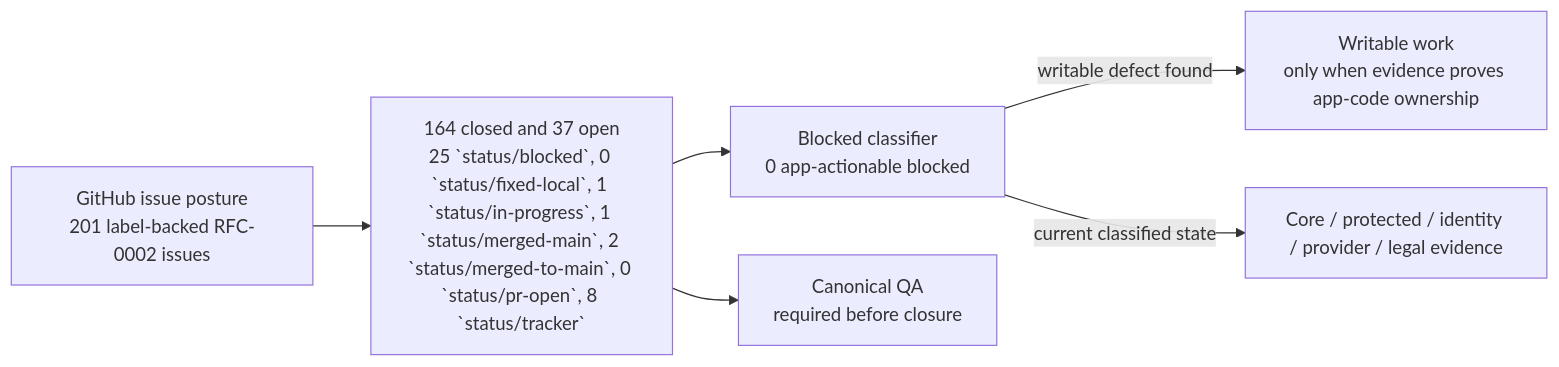
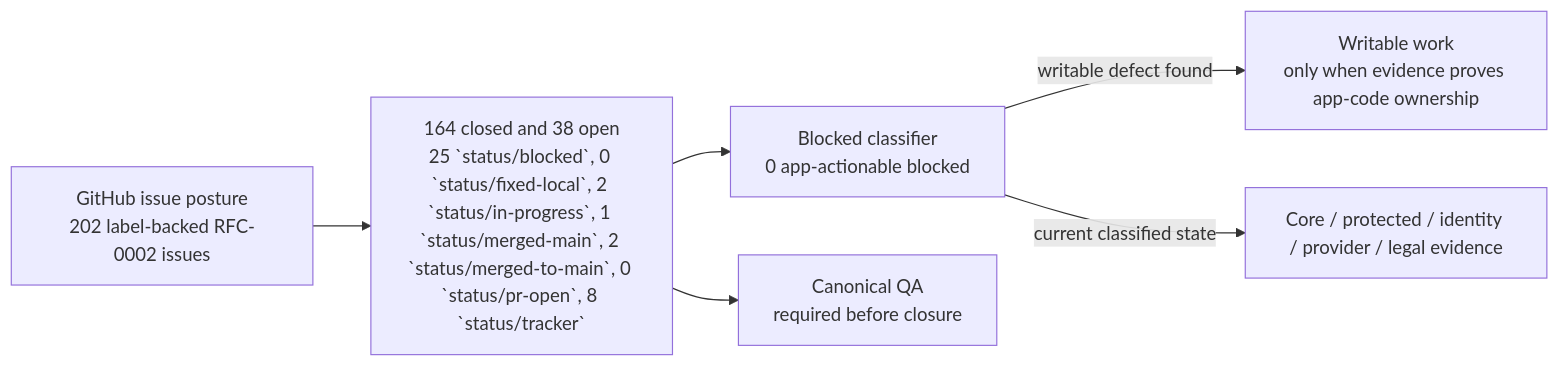
Before and after one commit to sgajbi/lotus-idea: the first of 2 diagrams in wiki/RFC-0002-Execution-Status.md, drawn with Mermaid. The commit also changed other lines of this file and 11 other files, not shown here.

````diff
--- a/wiki/RFC-0002-Execution-Status.md
+++ b/wiki/RFC-0002-Execution-Status.md
@@ -39,15 +39,15 @@
 ```mermaid
 flowchart LR
-    Issues["GitHub issue posture<br/>201 label-backed RFC-0002 issues"]
-    Open["164 closed and 37 open<br/>25 `status/blocked`, 0 `status/fixed-local`, 1 `status/in-progress`, 1 `status/merged-main`, 2 `status/merged-to-main`, 0 `status/pr-open`, 8 `status/tracker`"]
+    Issues["GitHub issue posture<br/>202 label-backed RFC-0002 issues"]
+    Open["164 closed and 38 open<br/>25 `status/blocked`, 0 `status/fixed-local`, 2 `status/in-progress`, 1 `status/merged-main`, 2 `status/merged-to-main`, 0 `status/pr-open`, 8 `status/tracker`"]
     Blocked["Blocked classifier<br/>0 app-actionable blocked"]
     Work["Writable work<br/>only when evidence proves app-code ownership"]
     External["Core / protected / identity / provider / legal evidence"]
     QA["Canonical QA<br/>required before closure"]
 
     Issues --> Open
     Open --> Blocked
     Blocked -->|"writable defect found"| Work
     Blocked -->|"current classified state"| External
     Open --> QA
 ```
````
